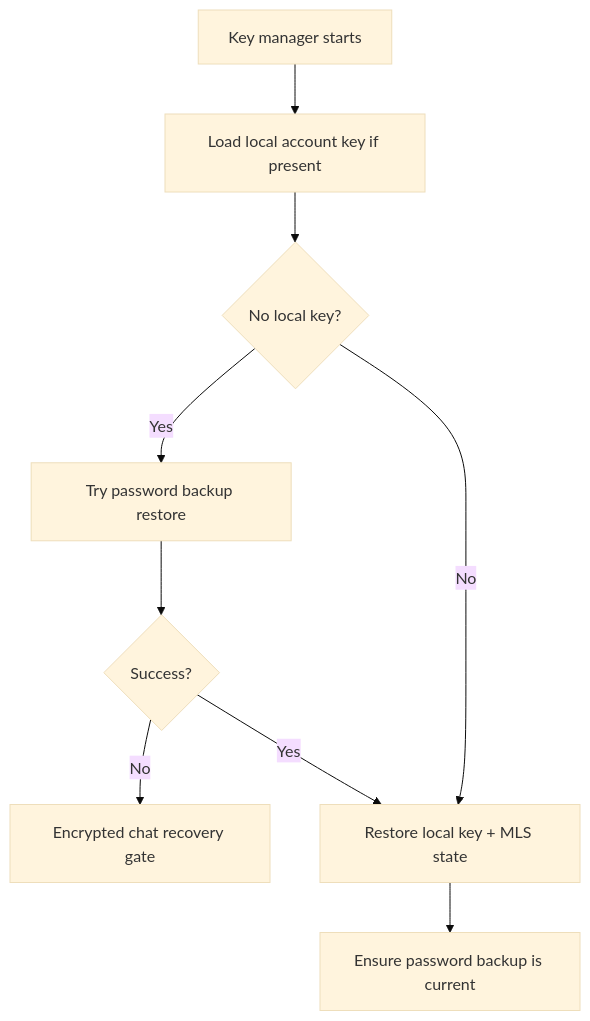
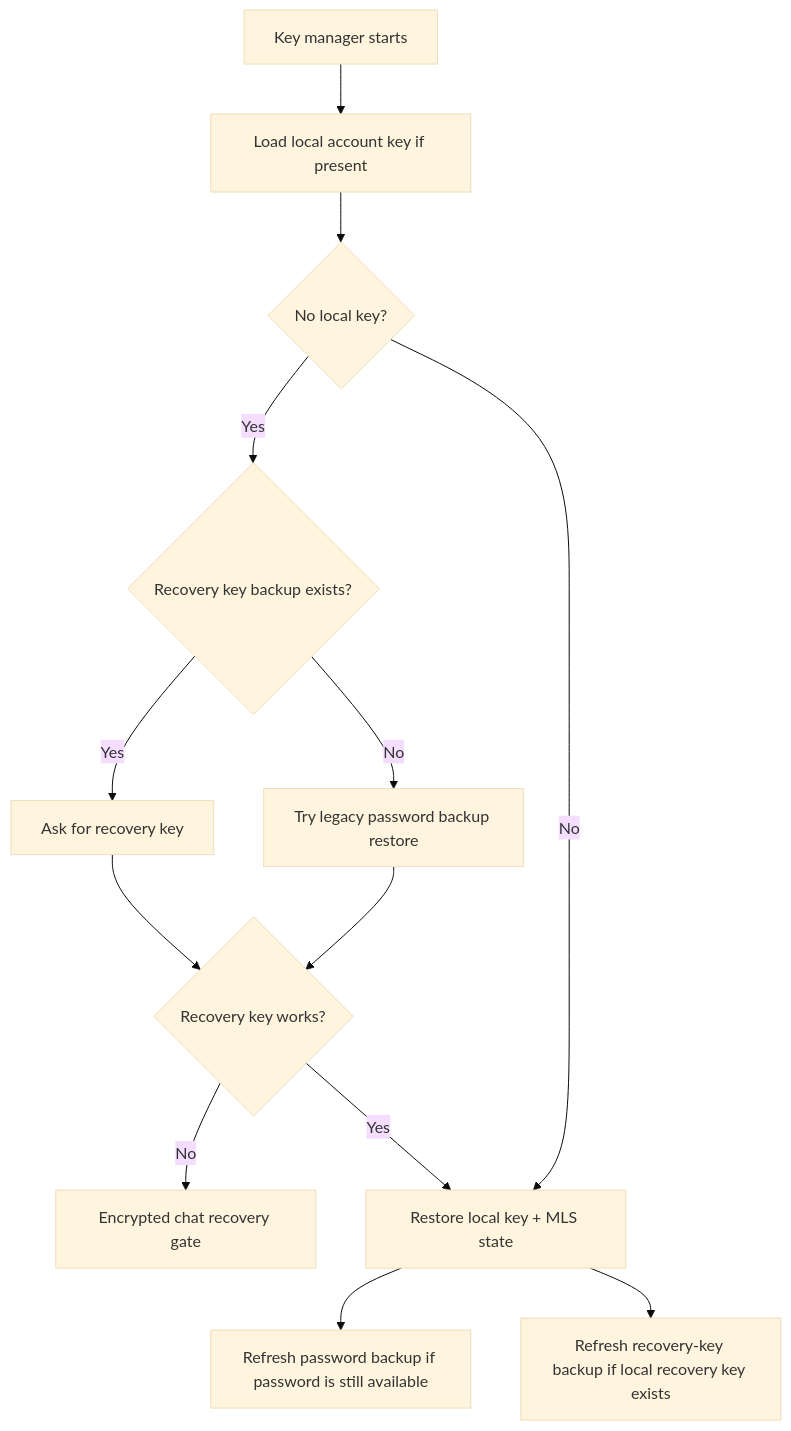
Diagram 16 of 16 in VOID0000-www/docs/project-flow-map.md (voidjack233/VOID-CHATS), drawn with Mermaid (base theme) before and after one commit. The commit also changed other lines of this file and 9 other files, not shown here.

````diff
--- a/VOID0000-www/docs/project-flow-map.md
+++ b/VOID0000-www/docs/project-flow-map.md
@@ -430,11 +451,15 @@
 ```mermaid
 flowchart TD
   A[Key manager starts] --> B[Load local account key if present]
   B --> C{No local key?}
-  C -- Yes --> D[Try password backup restore]
-  D --> E{Success?}
-  E -- No --> F[Encrypted chat recovery gate]
-  E -- Yes --> G[Restore local key + MLS state]
-  C -- No --> G
-  G --> H[Ensure password backup is current]
+  C -- Yes --> D{Recovery key backup exists?}
+  D -- Yes --> E[Ask for recovery key]
+  D -- No --> F[Try legacy password backup restore]
+  E --> G{Recovery key works?}
+  F --> G
+  G -- No --> H[Encrypted chat recovery gate]
+  G -- Yes --> I[Restore local key + MLS state]
+  C -- No --> I
+  I --> J[Refresh password backup if password is still available]
+  I --> K[Refresh recovery-key backup if local recovery key exists]
 ```
````
